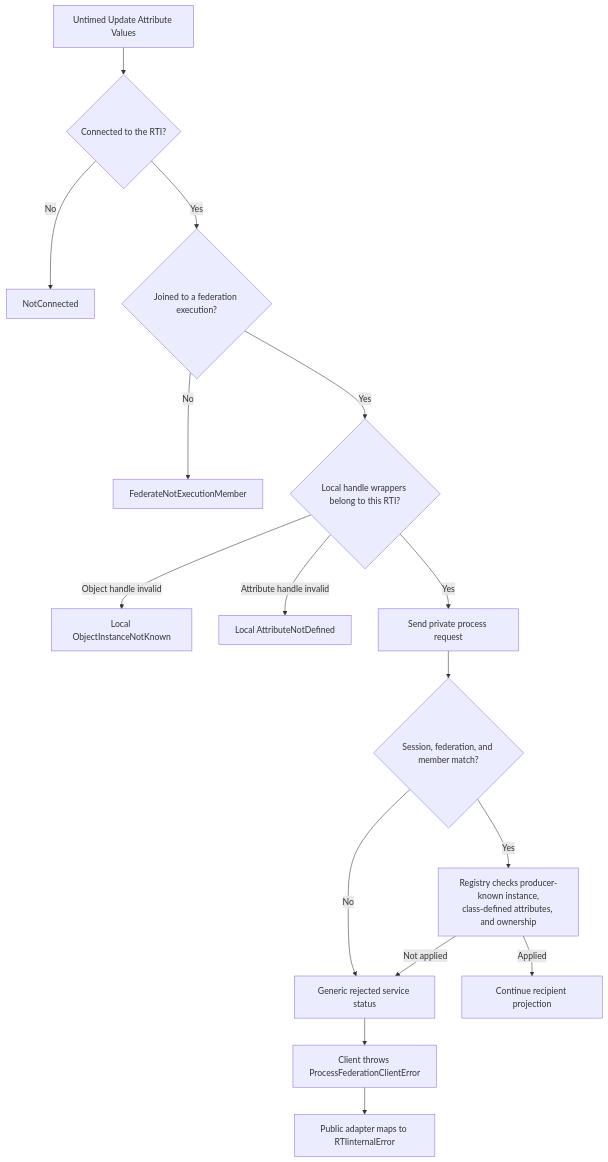
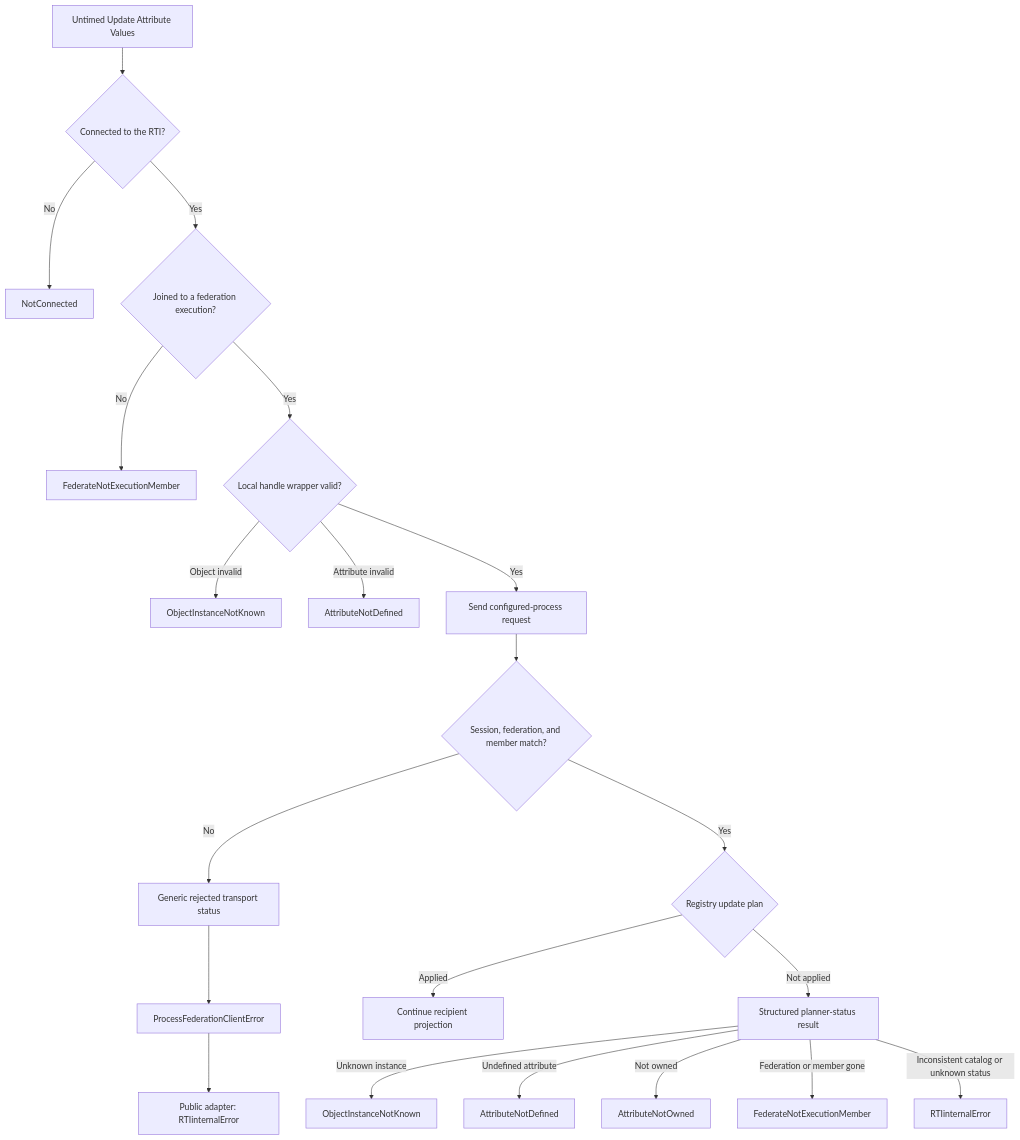
Before and after one commit to sheepfling/umbra: diagram 11 of 20 in docs/design/HLA-2025-PROCESS-ENDPOINT-REQUEST-AND-CALLBACK-FLOW-GUIDE.md, drawn with Mermaid. The commit also changed other lines of this file and 39 other files, not shown here.

Commit message:
Document IEEE 1516.1-2025 behavior flows

````diff
--- a/docs/design/HLA-2025-PROCESS-ENDPOINT-REQUEST-AND-CALLBACK-FLOW-GUIDE.md
+++ b/docs/design/HLA-2025-PROCESS-ENDPOINT-REQUEST-AND-CALLBACK-FLOW-GUIDE.md
@@ -464,19 +662,24 @@
 ```mermaid
 flowchart TD
-    Start["Untimed Update Attribute Values"]
-    Start --> Connected{"Connected to the RTI?"}
+    Start["Untimed Update Attribute Values"] --> Connected{"Connected to the RTI?"}
     Connected -->|No| NotConnected["NotConnected"]
     Connected -->|Yes| Joined{"Joined to a federation execution?"}
     Joined -->|No| NotMember["FederateNotExecutionMember"]
-    Joined -->|Yes| Handles{"Local handle wrappers belong to this RTI?"}
-    Handles -->|Object handle invalid| UnknownLocal["Local ObjectInstanceNotKnown"]
-    Handles -->|Attribute handle invalid| UndefinedLocal["Local AttributeNotDefined"]
-    Handles -->|Yes| Request["Send private process request"]
+    Joined -->|Yes| Handles{"Local handle wrapper valid?"}
+    Handles -->|Object invalid| UnknownLocal["ObjectInstanceNotKnown"]
+    Handles -->|Attribute invalid| UndefinedLocal["AttributeNotDefined"]
+    Handles -->|Yes| Request["Send configured-process request"]
+
     Request --> Session{"Session, federation, and member match?"}
-    Session -->|No| Rejected["Generic rejected service status"]
-    Session -->|Yes| Plan["Registry checks producer-known instance,<br/>class-defined attributes, and ownership"]
-    Plan -->|Not applied| Rejected
+    Session -->|No| Rejected["Generic rejected transport status"]
+    Rejected --> ClientError["ProcessFederationClientError"]
+    ClientError --> GenericError["Public adapter: RTIinternalError"]
+    Session -->|Yes| Plan{"Registry update plan"}
     Plan -->|Applied| Accepted["Continue recipient projection"]
-    Rejected --> ClientError["Client throws ProcessFederationClientError"]
-    ClientError --> PublicError["Public adapter maps to RTIinternalError"]
+    Plan -->|Not applied| Payload["Structured planner-status result"]
+    Payload -->|Unknown instance| UnknownRemote["ObjectInstanceNotKnown"]
+    Payload -->|Undefined attribute| UndefinedRemote["AttributeNotDefined"]
+    Payload -->|Not owned| NotOwned["AttributeNotOwned"]
+    Payload -->|Federation or member gone| MemberGone["FederateNotExecutionMember"]
+    Payload -->|Inconsistent catalog or unknown status| Internal["RTIinternalError"]
 ```
````
